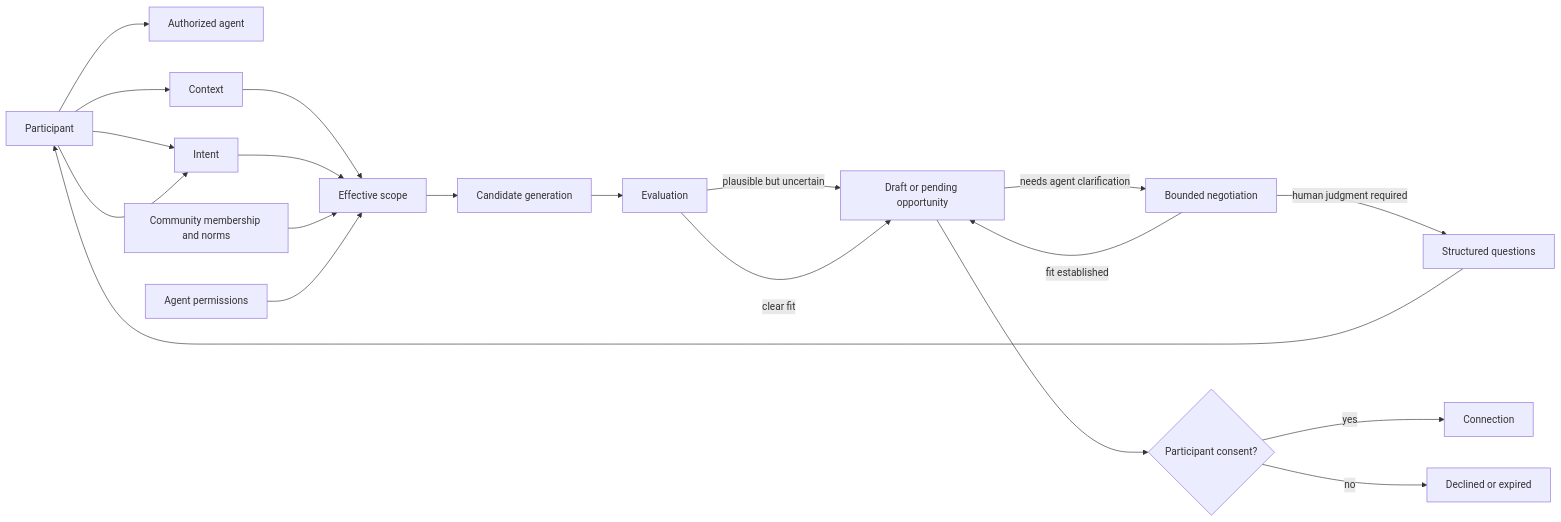
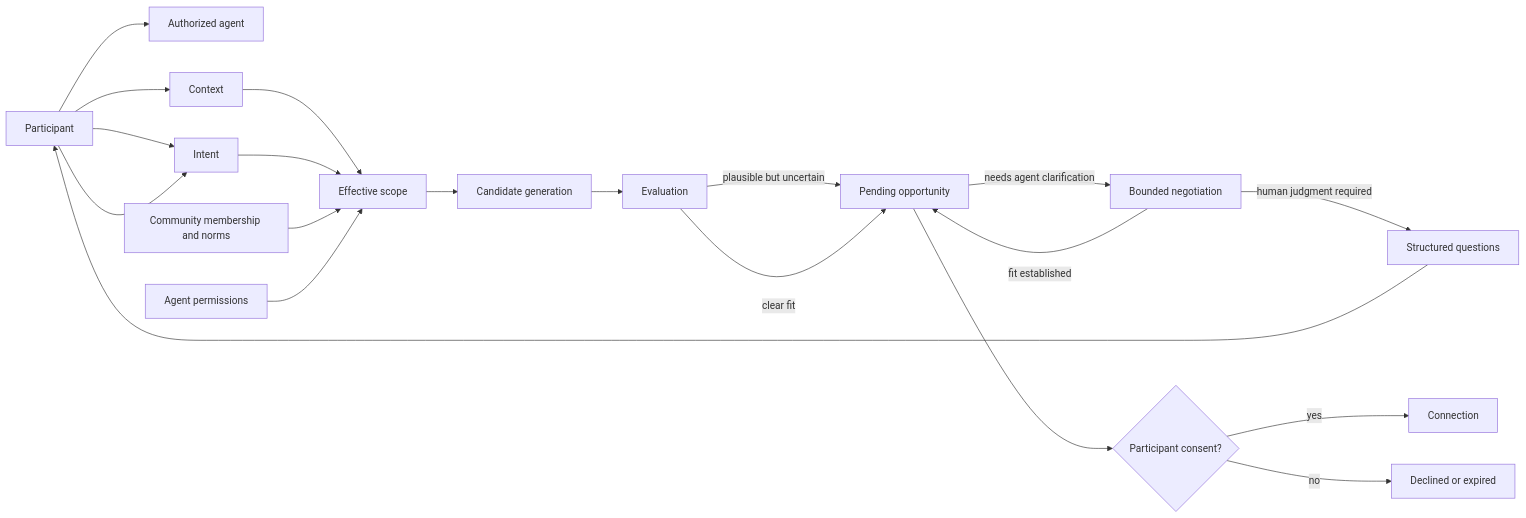
One commit to indexnetwork/index changed the first of 6 diagrams in packages/protocol/README.md. Above: the diagram before and after it, drawn with Mermaid. The commit also changed other lines of this file and 10 other files, not shown here.

````diff
--- a/packages/protocol/README.md
+++ b/packages/protocol/README.md
@@ -21,25 +21,25 @@
 ```mermaid
 flowchart LR
     Participant[Participant] --> Agent[Authorized agent]
     Participant --> Context[Context]
     Participant --> Intent[Intent]
 
     Context --> Scope[Effective scope]
     Intent --> Scope
     Community[Community membership and norms] --> Scope
     AgentScope[Agent permissions] --> Scope
 
     Scope --> CandidateGeneration[Candidate generation]
     CandidateGeneration --> Evaluation[Evaluation]
-    Evaluation -->|plausible but uncertain| Opportunity[Draft or negotiating opportunity]
-    Evaluation -->|clear fit| Opportunity[Draft or pending opportunity]
+    Evaluation -->|plausible but uncertain| Opportunity[Negotiating opportunity]
+    Evaluation -->|clear fit| Opportunity[Pending opportunity]
     Opportunity -->|needs agent clarification| Negotiation[Bounded negotiation]
     Negotiation -->|fit established| Opportunity
     Negotiation -->|human judgment required| Questions[Structured questions]
     Questions --> Participant
     Participant --> Intent
 
     Opportunity --> Consent{Participant consent?}
     Consent -->|yes| Connection[Connection]
     Consent -->|no| Terminal[Declined or expired]
 ```
````
